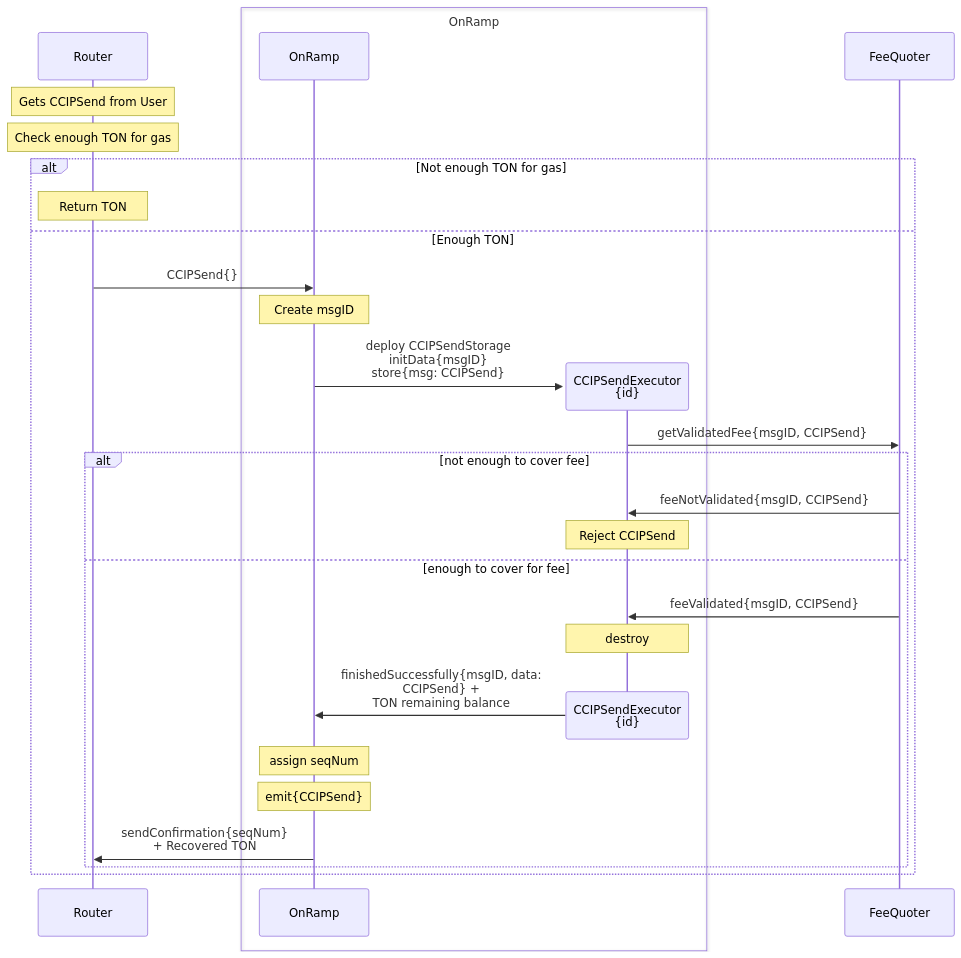
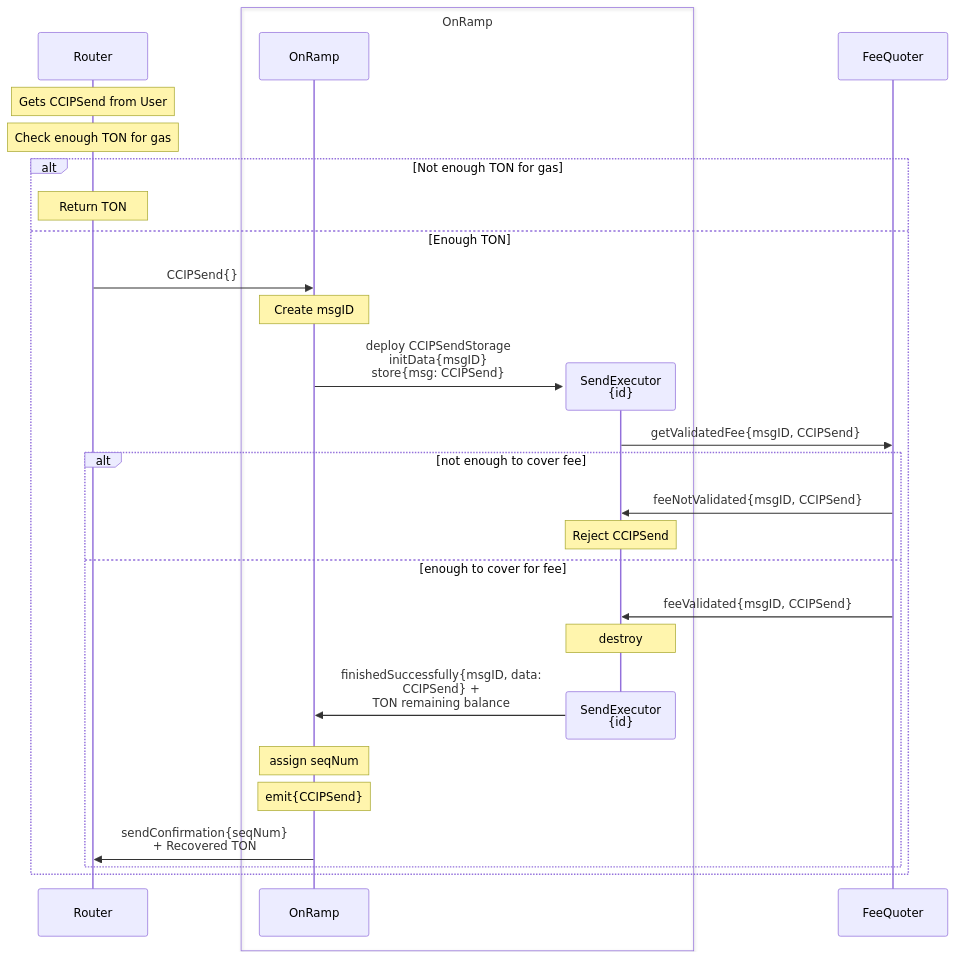
The first of 2 diagrams in docs/contracts/ccip/flow/onramp/arbitrary-msg.md (fork-the-planet/smartcontractkit___chainlink-ton), drawn with Mermaid before and after one commit. The commit also changed other lines of this file and 12 other files, not shown here.

Commit message:
[NONEVM-2831] Update documentation on Message Flow #270

````diff
--- a/docs/contracts/ccip/flow/onramp/arbitrary-msg.md
+++ b/docs/contracts/ccip/flow/onramp/arbitrary-msg.md
@@ -5,41 +5,41 @@
 ```mermaid
 sequenceDiagram
     participant R as Router
 
     Note over R: Gets CCIPSend from User
     Note over R: Check enough TON for gas 
     alt Not enough TON for gas
     Note over R: Return TON
     else Enough TON
 
     R ->> OR: CCIPSend{}
     
     Note over OR: Create msgID
     create participant ORM
     OR ->> ORM: deploy CCIPSendStorage <br>initData{msgID}<br>store{msg: CCIPSend}
 
     box OnRamp
     participant OR as OnRamp
-    participant ORM as CCIPSendExecutor<br>{id}
+    participant ORM as SendExecutor<br>{id}
     end
 
     participant FQ as FeeQuoter
 
     ORM ->> FQ: getValidatedFee{msgID, CCIPSend}
 
 
     alt not enough to cover fee
     FQ ->> ORM: feeNotValidated{msgID, CCIPSend}
     Note over ORM: Reject CCIPSend
 
     else enough to cover for fee
     FQ ->> ORM: feeValidated{msgID, CCIPSend}
     Note over ORM: destroy
     destroy ORM
     ORM ->> OR: finishedSuccessfully{msgID, data:<br>CCIPSend} +<br>TON remaining balance
     note over OR: assign seqNum
     note over OR: emit{CCIPSend}
     OR ->> R: sendConfirmation{seqNum}<br>+ Recovered TON
     end
     end
 ```
````
